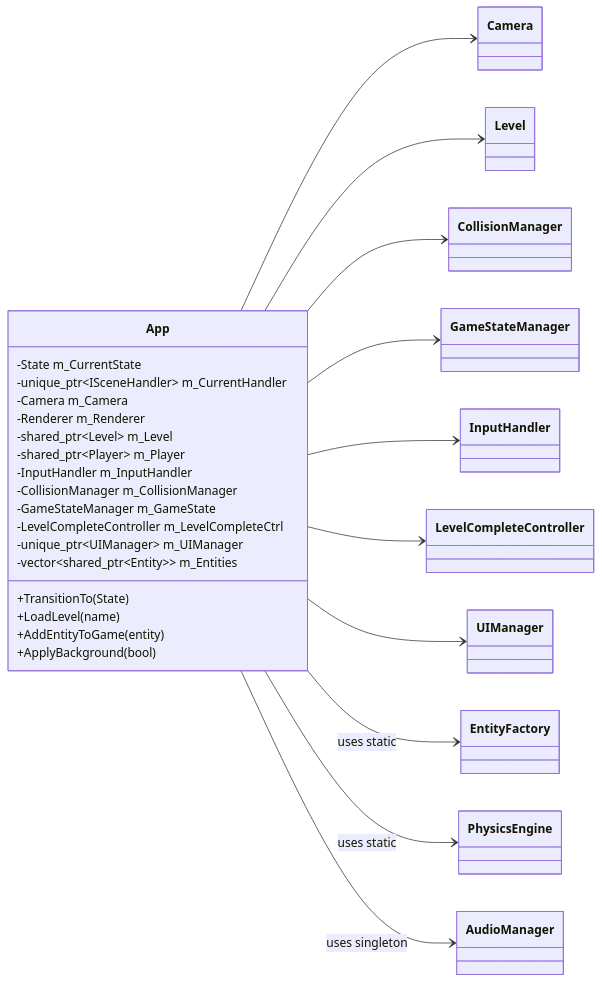
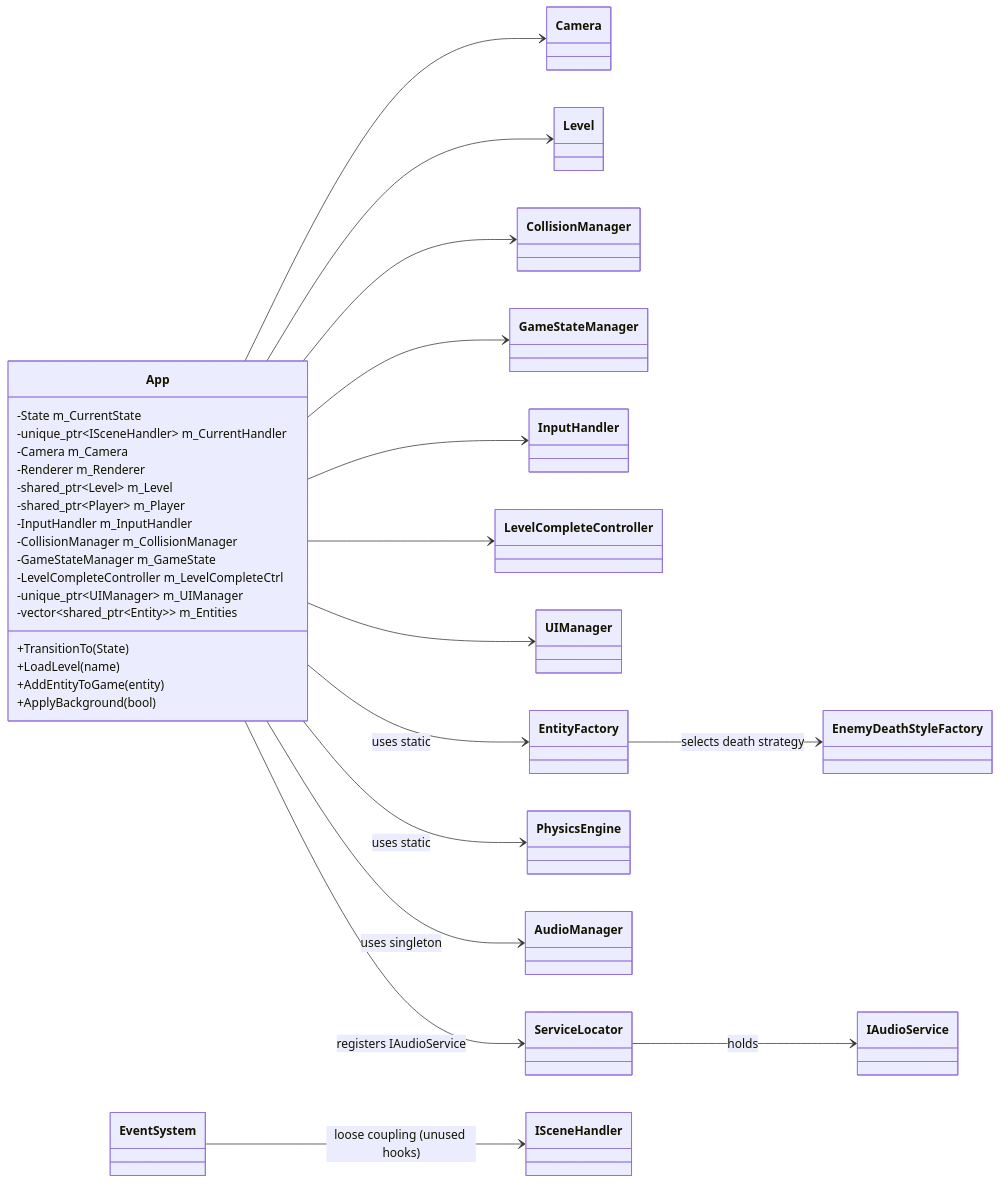
The fifth of 6 diagrams in Constructure.md (Andy87877/NTUT_OOPL_mario), drawn with Mermaid before and after one commit. The commit also changed other lines of this file and 68 other files, not shown here.

````diff
--- a/Constructure.md
+++ b/Constructure.md
@@ -257,34 +265,38 @@
 ```mermaid
 classDiagram
     direction LR
 
     class App {
         -State m_CurrentState
         -unique_ptr~ISceneHandler~ m_CurrentHandler
         -Camera m_Camera
         -Renderer m_Renderer
         -shared_ptr~Level~ m_Level
         -shared_ptr~Player~ m_Player
         -InputHandler m_InputHandler
         -CollisionManager m_CollisionManager
         -GameStateManager m_GameState
         -LevelCompleteController m_LevelCompleteCtrl
         -unique_ptr~UIManager~ m_UIManager
         -vector~shared_ptr~Entity~~ m_Entities
         +TransitionTo(State)
         +LoadLevel(name)
         +AddEntityToGame(entity)
         +ApplyBackground(bool)
     }
 
     App --> Camera
     App --> Level
     App --> CollisionManager
     App --> GameStateManager
     App --> InputHandler
     App --> LevelCompleteController
     App --> UIManager
     App --> EntityFactory : uses static
+    EntityFactory --> EnemyDeathStyleFactory : selects death strategy
     App --> PhysicsEngine : uses static
     App --> AudioManager : uses singleton
+    App --> ServiceLocator : registers IAudioService
+    ServiceLocator --> IAudioService : holds
+    EventSystem --> ISceneHandler : loose coupling (unused hooks)
 ```
````
